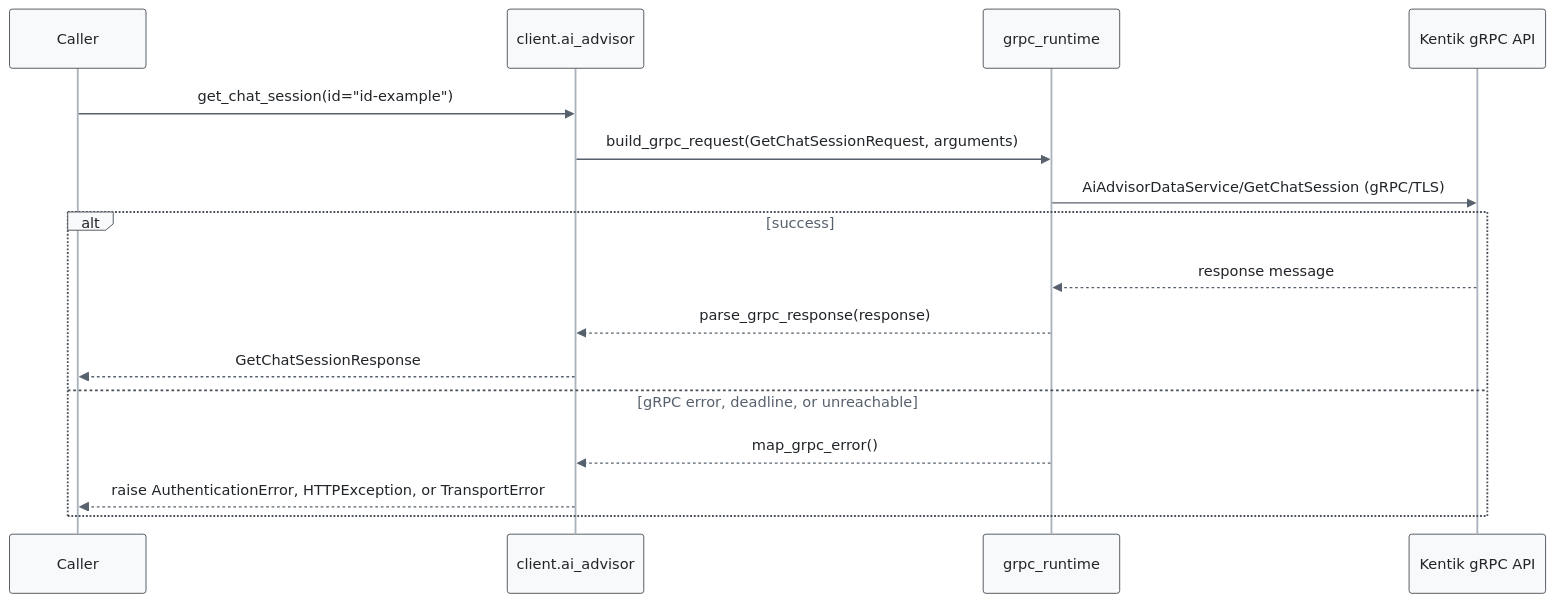
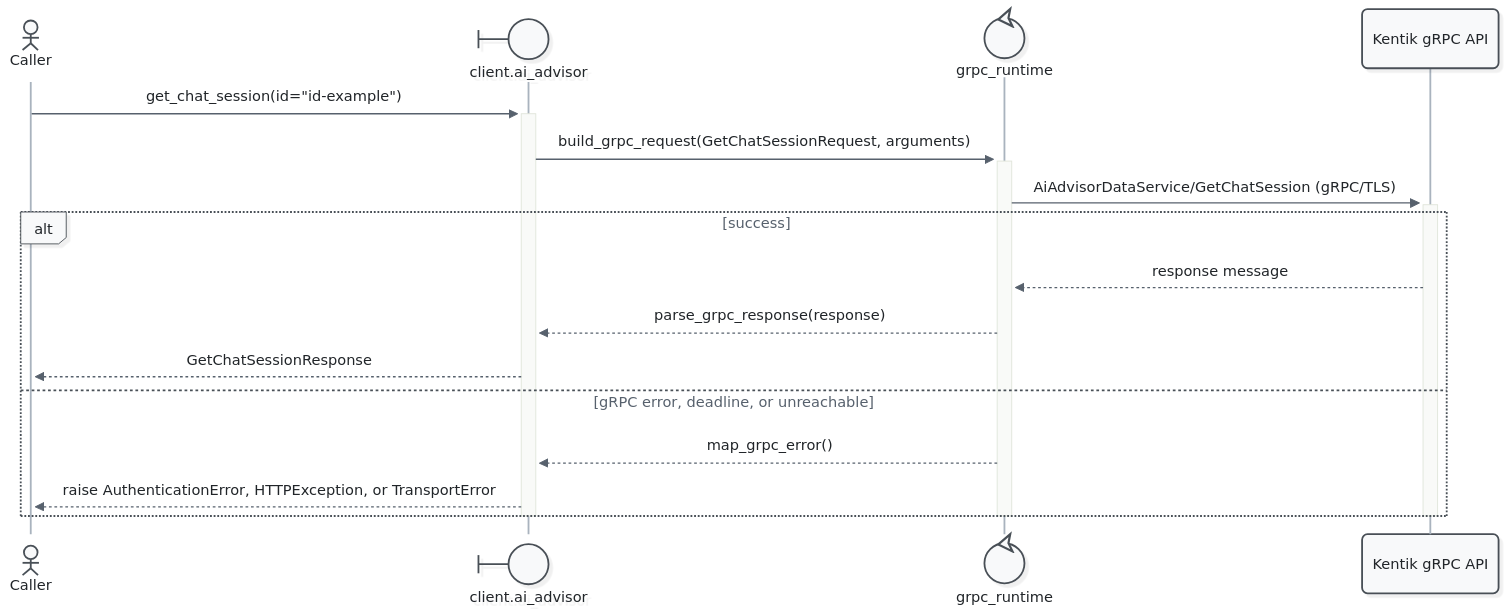
One commit to alexdearaujo/community_sdk_python changed the sixth of 7 diagrams in docs/sphinx/services/ai_advisor.md. Above: the diagram before and after it, drawn with Mermaid. The commit also changed other lines of this file and 52 other files, not shown here.

First line of the commit message:
docs: Mermaid 12 sequence diagrams with participant types and path colors

````diff
--- a/docs/sphinx/services/ai_advisor.md
+++ b/docs/sphinx/services/ai_advisor.md
@@ -213,20 +225,23 @@
 ```mermaid
-%%{init: {"theme": "base", "fontFamily": "ui-monospace, SFMono-Regular, Menlo, monospace", "themeVariables": {"fontFamily": "ui-monospace, SFMono-Regular, Menlo, monospace", "primaryColor": "#f8f9fa", "primaryBorderColor": "#495057", "primaryTextColor": "#212529", "textColor": "#212529", "lineColor": "#77818c", "edgeLabelBackground": "#ffffff", "actorBkg": "#f8f9fa", "actorBorder": "#495057", "actorTextColor": "#212529", "actorLineColor": "#a9b3be", "signalColor": "#57616d", "signalTextColor": "#212529", "labelBoxBkgColor": "#f8f9fa", "labelBoxBorderColor": "#495057", "labelTextColor": "#212529", "loopTextColor": "#57616d", "noteBkgColor": "#fff9db", "noteBorderColor": "#f08c00", "noteTextColor": "#a35a00"}, "flowchart": {"curve": "step", "nodeSpacing": 30, "rankSpacing": 70, "wrappingWidth": 400}}}%%
+%%{init: {"theme": "redux", "look": "neo", "layout": "dagre", "fontFamily": "ui-monospace, SFMono-Regular, Menlo, monospace", "themeVariables": {"fontFamily": "ui-monospace, SFMono-Regular, Menlo, monospace", "primaryColor": "#f8f9fa", "primaryBorderColor": "#495057", "primaryTextColor": "#212529", "textColor": "#212529", "lineColor": "#77818c", "edgeLabelBackground": "#ffffff", "actorBkg": "#f8f9fa", "actorBorder": "#495057", "actorTextColor": "#212529", "actorLineColor": "#a9b3be", "signalColor": "#57616d", "signalTextColor": "#212529", "labelBoxBkgColor": "#f8f9fa", "labelBoxBorderColor": "#495057", "labelTextColor": "#212529", "loopTextColor": "#57616d", "noteBkgColor": "#fff9db", "noteBorderColor": "#f08c00", "noteTextColor": "#a35a00"}, "sequence": {"activationWidth": 16}, "flowchart": {"curve": "step", "nodeSpacing": 30, "rankSpacing": 70, "wrappingWidth": 400}}}%%
 sequenceDiagram
-    participant C as Caller
-    participant W as client.ai_advisor
-    participant R as grpc_runtime
+    actor C as Caller
+    participant W@{ "type": "boundary" } as client.ai_advisor
+    participant R@{ "type": "control" } as grpc_runtime
     participant API as Kentik gRPC API
 
-    C->>W: get_chat_session(id="id-example")
-    W->>R: build_grpc_request(GetChatSessionRequest, arguments)
-    R->>API: AiAdvisorDataService/GetChatSession (gRPC/TLS)
+    C->>+W: get_chat_session(id="id-example")
+    W->>+R: build_grpc_request(GetChatSessionRequest, arguments)
+    R->>+API: AiAdvisorDataService/GetChatSession (gRPC/TLS)
     alt success
         API-->>R: response message
         R-->>W: parse_grpc_response(response)
         W-->>C: GetChatSessionResponse
     else gRPC error, deadline, or unreachable
         R-->>W: map_grpc_error()
         W-->>C: raise AuthenticationError, HTTPException, or TransportError
     end
+    deactivate API
+    deactivate R
+    deactivate W
 ```
````
